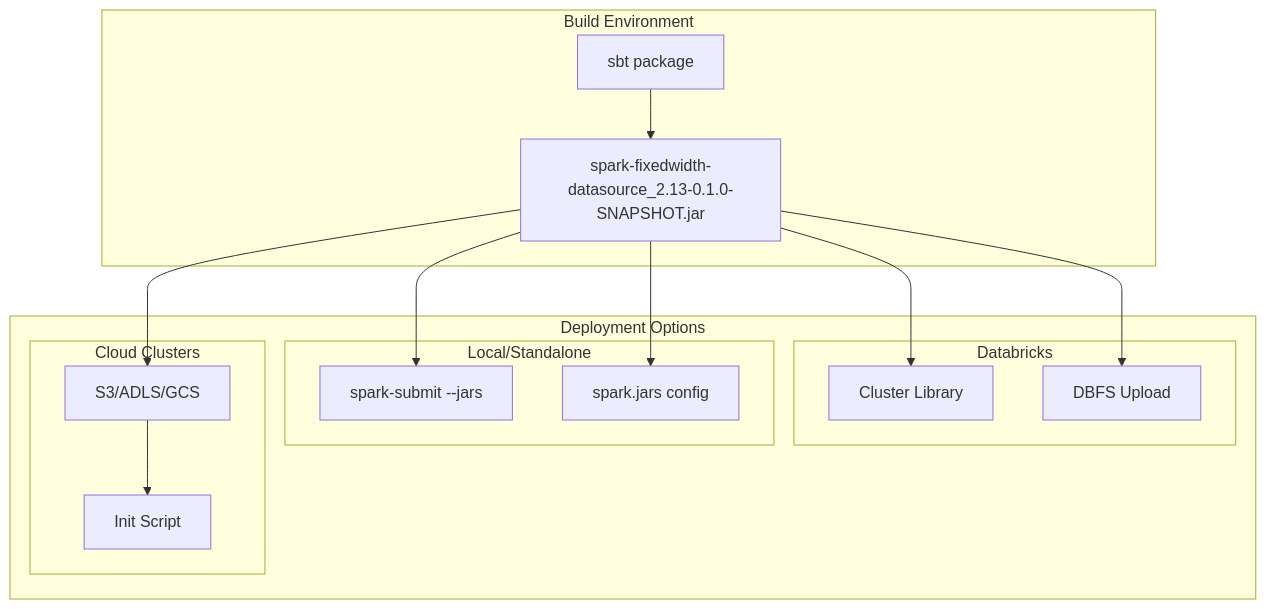
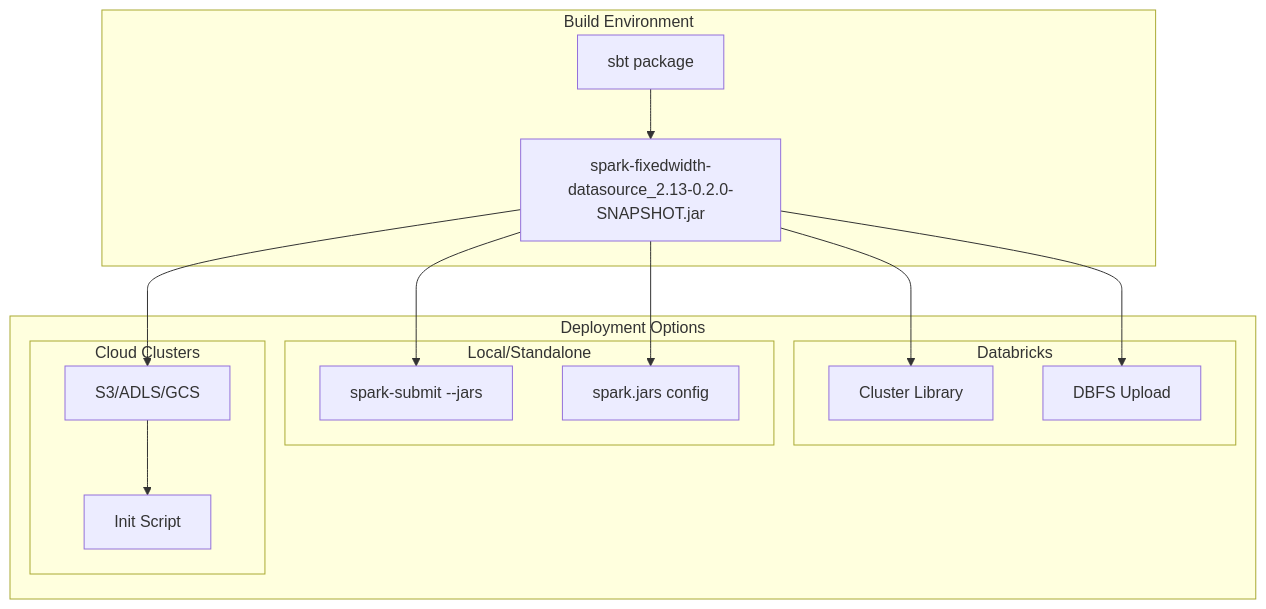
The fifth of 6 diagrams in docs/ARCHITECTURE.md (alextimmer/spark-databricks-fixedwidth-datasource-v2), drawn with Mermaid before and after one commit. The commit also changed other lines of this file and 32 other files, not shown here.

````diff
--- a/docs/ARCHITECTURE.md
+++ b/docs/ARCHITECTURE.md
@@ -435,30 +453,30 @@
 ```mermaid
 flowchart TB
     subgraph Build["Build Environment"]
         SBT["sbt package"]
-        JAR["spark-fixedwidth-datasource_2.13-0.1.0-SNAPSHOT.jar"]
+        JAR["spark-fixedwidth-datasource_2.13-0.2.0-SNAPSHOT.jar"]
     end
 
     subgraph Deploy["Deployment Options"]
         subgraph Databricks["Databricks"]
             DBLib["Cluster Library"]
             DBFS["DBFS Upload"]
         end
         subgraph Local["Local/Standalone"]
             SparkSubmit["spark-submit --jars"]
             SparkConf["spark.jars config"]
         end
         subgraph Cloud["Cloud Clusters"]
             S3["S3/ADLS/GCS"]
             Init["Init Script"]
         end
     end
 
     SBT --> JAR
     JAR --> DBLib
     JAR --> DBFS
     JAR --> SparkSubmit
     JAR --> SparkConf
     JAR --> S3
     S3 --> Init
 ```
````
